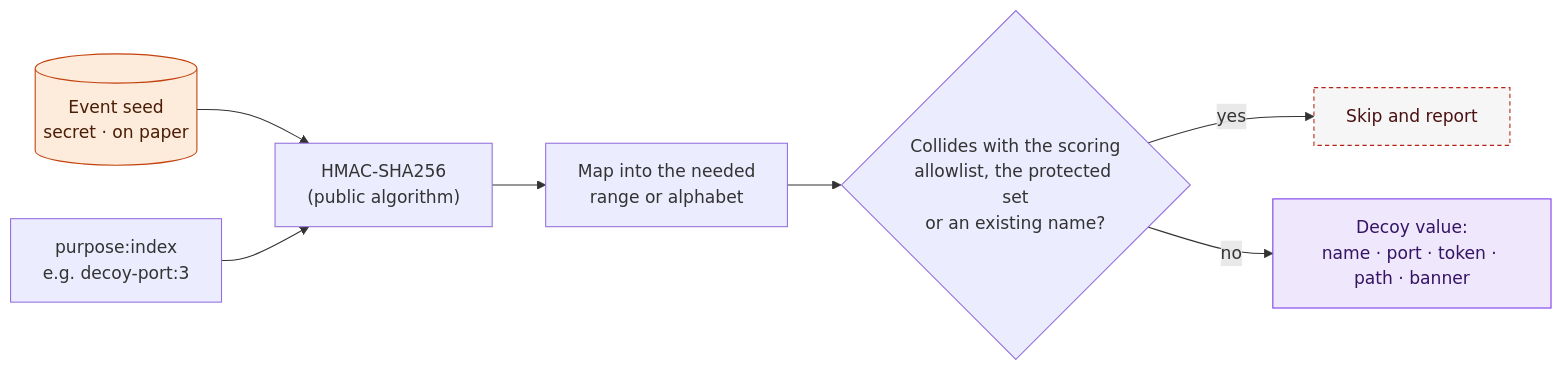
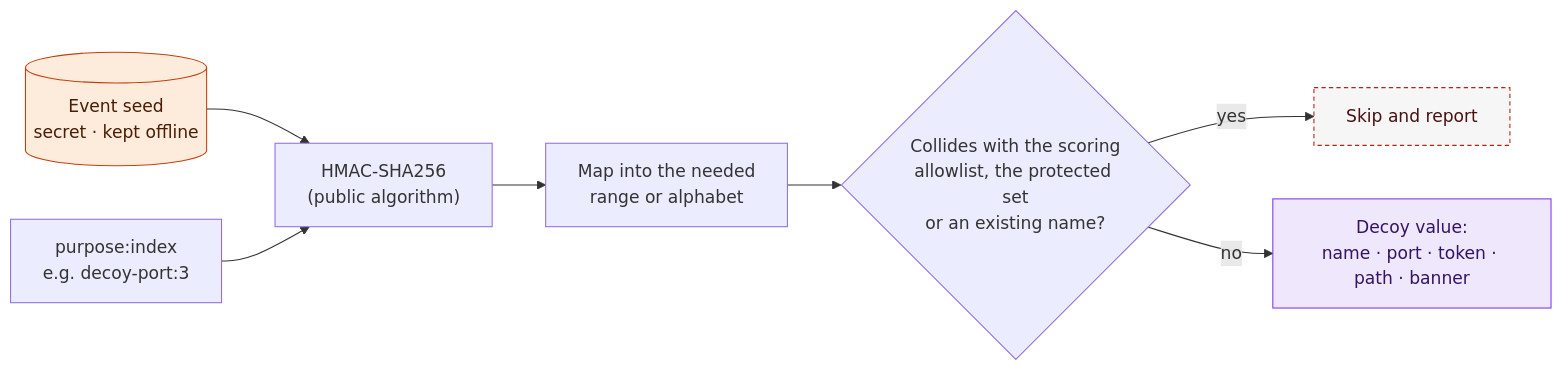
Before and after one commit to dotnetdork/Labyrinth: the diagram in docs/design/03-Event-Seed-and-Deception-Config.md, drawn with Mermaid. The commit also changed other lines of this file and 7 other files, not shown here.

First line of the commit message:
Keep secrets in an offline record instead of on paper

````diff
--- a/docs/design/03-Event-Seed-and-Deception-Config.md
+++ b/docs/design/03-Event-Seed-and-Deception-Config.md
@@ -33,15 +33,15 @@
 ```mermaid
 flowchart LR
-    SEED[("Event seed<br/>secret · on paper")] --> H["HMAC-SHA256<br/>(public algorithm)"]
+    SEED[("Event seed<br/>secret · kept offline")] --> H["HMAC-SHA256<br/>(public algorithm)"]
     LBL["purpose:index<br/>e.g. decoy-port:3"] --> H
     H --> MAP["Map into the needed<br/>range or alphabet"]
     MAP --> CHK{"Collides with the scoring<br/>allowlist, the protected set<br/>or an existing name?"}
     CHK -->|yes| SKIP["Skip and report"]
     CHK -->|no| VAL["Decoy value:<br/>name · port · token · path · banner"]
     classDef secret fill:#fdebdc,stroke:#c2410c,color:#4a1d06
     classDef deceive fill:#efe7fb,stroke:#7c3aed,color:#351465
     classDef stop fill:#f6f6f6,stroke:#b42318,color:#4a1111,stroke-dasharray:4 3
     class SEED secret
     class VAL deceive
     class SKIP stop
 ```
````
